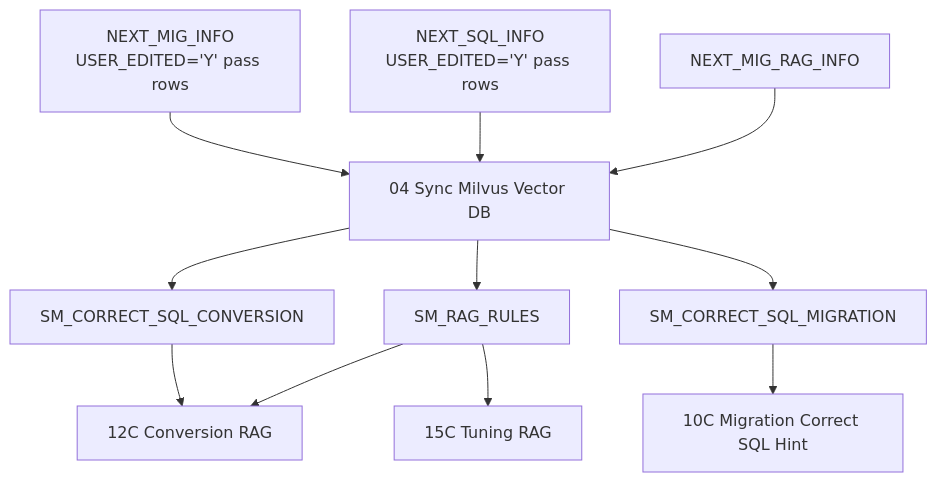
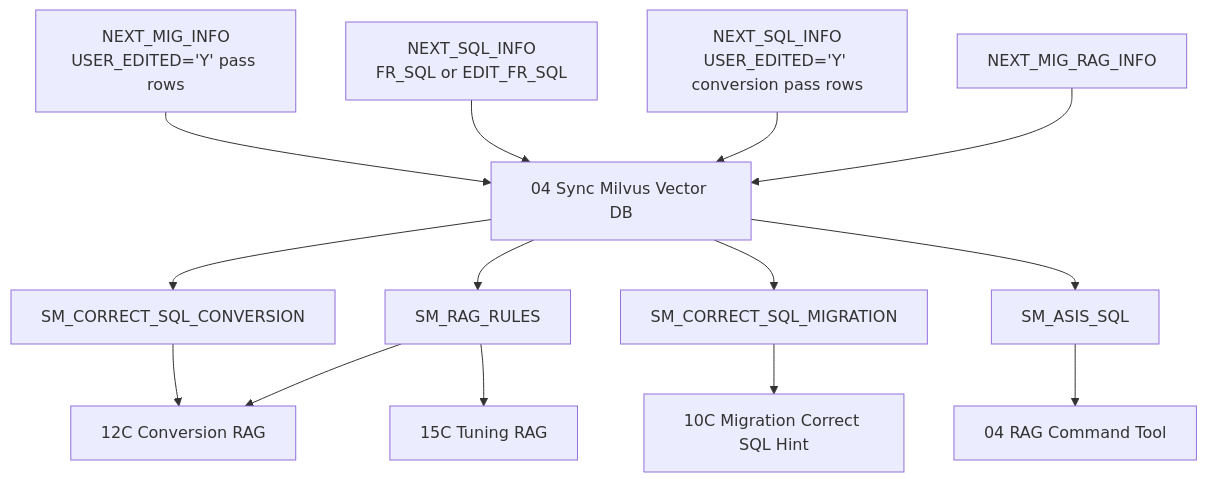
The second of 3 diagrams in smartMigrate_2.0_Langflow/00_guide/00_architecture_chapter1_overview.md (seongikjin227-jpg/refactoring_smartMigrate), drawn with Mermaid before and after one commit. The commit also changed other lines of this file and 27 other files, not shown here.

````diff
--- a/smartMigrate_2.0_Langflow/00_guide/00_architecture_chapter1_overview.md
+++ b/smartMigrate_2.0_Langflow/00_guide/00_architecture_chapter1_overview.md
@@ -84,13 +83,16 @@
 ```mermaid
 flowchart TD
     ORACLE_RAG[NEXT_MIG_RAG_INFO] --> B00[04 Sync Milvus Vector DB]
-    ORACLE_SQL[NEXT_SQL_INFO<br/>USER_EDITED='Y' pass rows] --> B00
+    ORACLE_CONV[NEXT_SQL_INFO<br/>USER_EDITED='Y' conversion pass rows] --> B00
+    ORACLE_ASIS[NEXT_SQL_INFO<br/>FR_SQL or EDIT_FR_SQL] --> B00
     ORACLE_MIG[NEXT_MIG_INFO<br/>USER_EDITED='Y' pass rows] --> B00
     B00 --> MRAG[SM_RAG_RULES]
     B00 --> MCONV[SM_CORRECT_SQL_CONVERSION]
     B00 --> MMIG[SM_CORRECT_SQL_MIGRATION]
+    B00 --> MASIS[SM_ASIS_SQL]
     MRAG --> C12[12C Conversion RAG]
     MRAG --> C15[15C Tuning RAG]
     MCONV --> C12
     MMIG --> C10[10C Migration Correct SQL Hint]
+    MASIS --> R04[04 RAG Command Tool]
 ```
````
